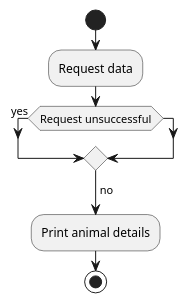
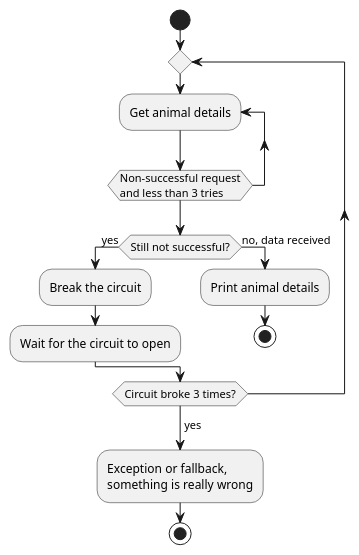
The diagram in design/circuitbreaker.pu (jacobduijzer/ResilienceWithPollyDemo), drawn with PlantUML before and after one commit.

Commit message:
Circuit breaker design

```diff
--- a/design/circuitbreaker.pu
+++ b/design/circuitbreaker.pu
@@ -1,15 +1,23 @@
 @startuml
 
 start
+repeat 
+repeat :Get animal details;
+' if(Request unsuccessful?) then (yes)
 
-:Request data;
+' endif
+repeat while (Non-successful request\nand less than 3 tries)
 
-if(Request unsuccessful) then (yes)
+if (Still not successful?) then (yes)
+:Break the circuit;
+:Wait for the circuit to open;
+else (no, data received)
+	:Print animal details;
+	stop
 endif
-->no;
-
-:Print animal details;
-
+repeat while (Circuit broke 3 times?)
+->yes;
+:Exception or fallback,\nsomething is really wrong;
 stop
 
 @enduml
```
